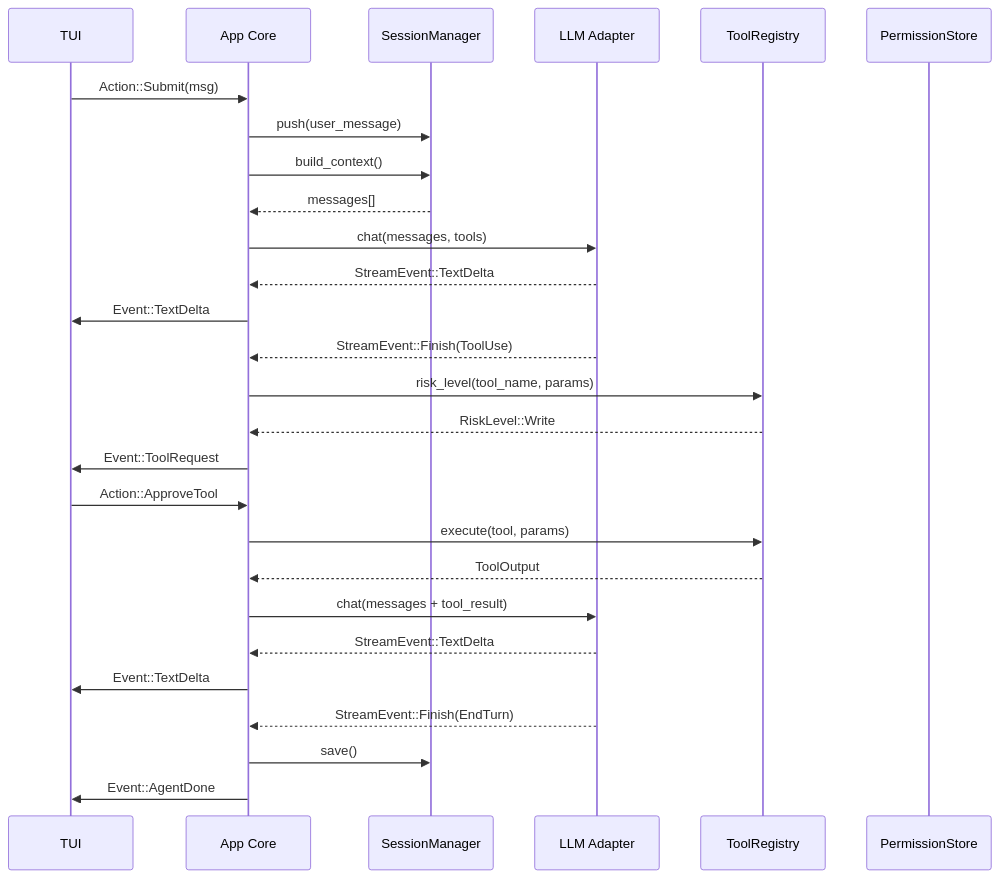
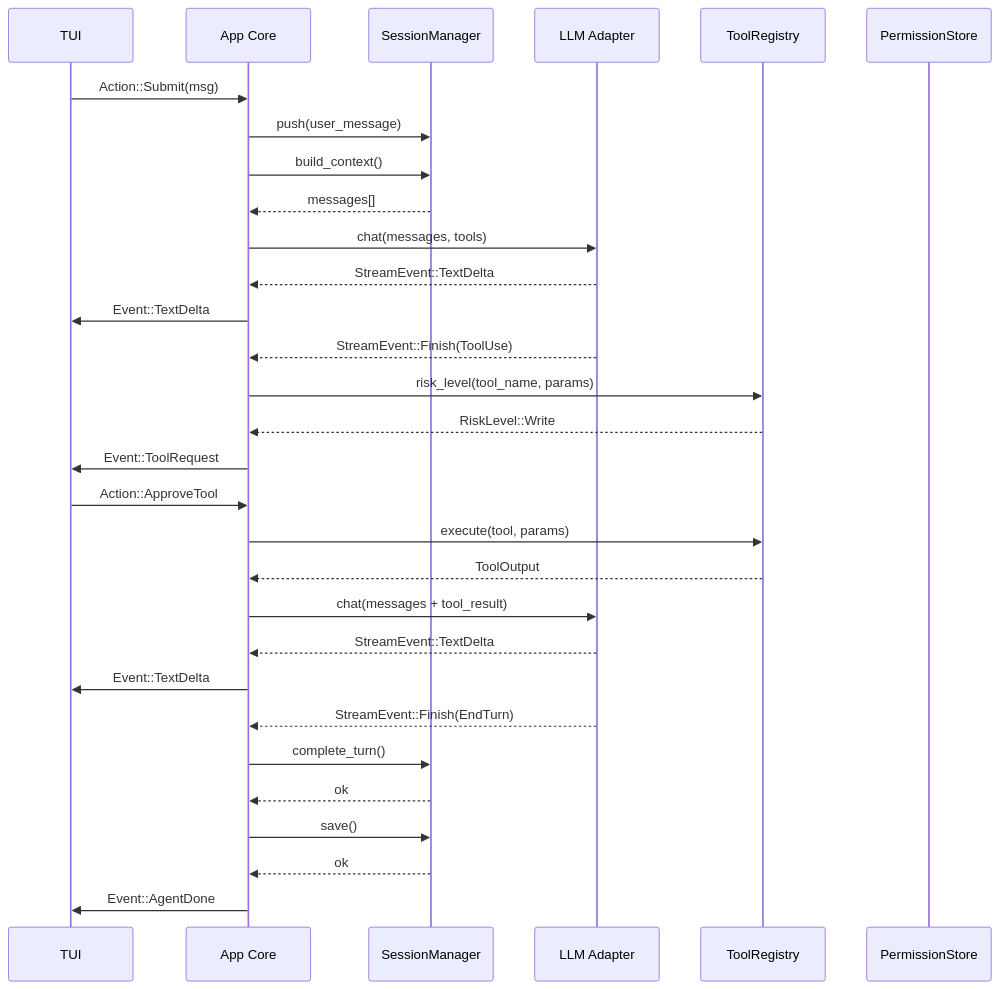
Before and after one commit to CheneyYin/emergence: the second of 14 diagrams in docs/superpowers/specs/2026-05-04-emergence-design.md, drawn with Mermaid. The commit also changed other lines of this file, not shown here.

Commit message:
fix: add missing SM responses for complete_turn() and save() in sequence diagrams

````diff
--- a/docs/superpowers/specs/2026-05-04-emergence-design.md
+++ b/docs/superpowers/specs/2026-05-04-emergence-design.md
@@ -72,30 +72,33 @@
 ```mermaid
 sequenceDiagram
     participant TUI
     participant App as App Core
     participant SM as SessionManager
     participant LLM as LLM Adapter
     participant TR as ToolRegistry
     participant PS as PermissionStore
 
     TUI->>App: Action::Submit(msg)
     App->>SM: push(user_message)
     App->>SM: build_context()
     SM-->>App: messages[]
     App->>LLM: chat(messages, tools)
     LLM-->>App: StreamEvent::TextDelta
     App->>TUI: Event::TextDelta
     LLM-->>App: StreamEvent::Finish(ToolUse)
     App->>TR: risk_level(tool_name, params)
     TR-->>App: RiskLevel::Write
     App->>TUI: Event::ToolRequest
     TUI->>App: Action::ApproveTool
     App->>TR: execute(tool, params)
     TR-->>App: ToolOutput
     App->>LLM: chat(messages + tool_result)
     LLM-->>App: StreamEvent::TextDelta
     App->>TUI: Event::TextDelta
     LLM-->>App: StreamEvent::Finish(EndTurn)
+    App->>SM: complete_turn()
+    SM-->>App: ok
     App->>SM: save()
+    SM-->>App: ok
     App->>TUI: Event::AgentDone
 ```
````
